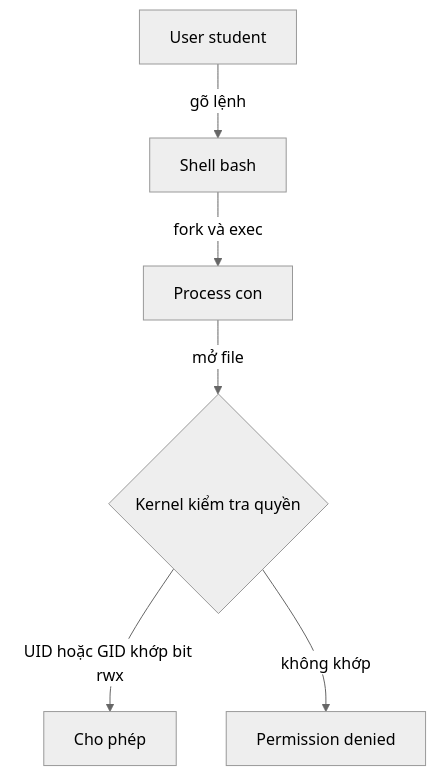
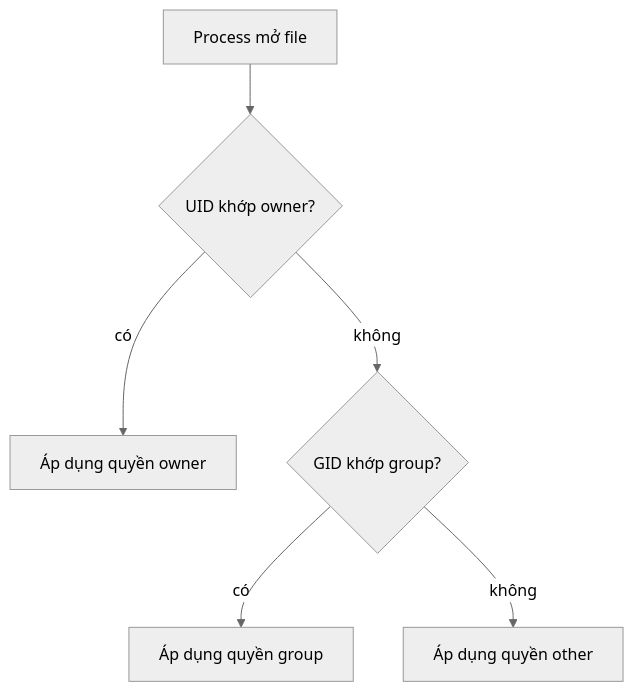
One commit to TienNHM/devops-course changed the diagram in labs/week-02/session-04.md. Above: the diagram before and after it, drawn with Mermaid (neutral theme). The commit also changed other lines of this file and 266 other files, not shown here.

````diff
--- a/labs/week-02/session-04.md
+++ b/labs/week-02/session-04.md
@@ -106,8 +48,8 @@
 ```mermaid
 flowchart TD
-    A["User student"] -->|"gõ lệnh"| B["Shell bash"]
-    B -->|"fork và exec"| C["Process con"]
-    C -->|"mở file"| D{"Kernel kiểm tra quyền"}
-    D -->|"UID hoặc GID khớp bit rwx"| E["Cho phép"]
-    D -->|"không khớp"| F["Permission denied"]
+    A["Process mở file"] --> B{"UID khớp owner?"}
+    B -->|có| O["Áp dụng quyền owner"]
+    B -->|không| C{"GID khớp group?"}
+    C -->|có| G["Áp dụng quyền group"]
+    C -->|không| T["Áp dụng quyền other"]
 ```
````
